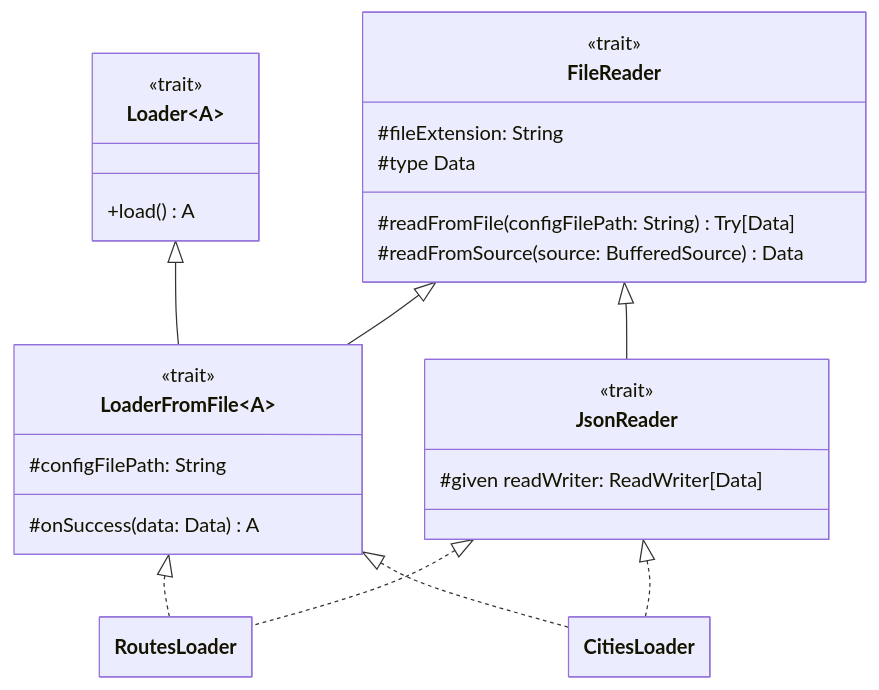
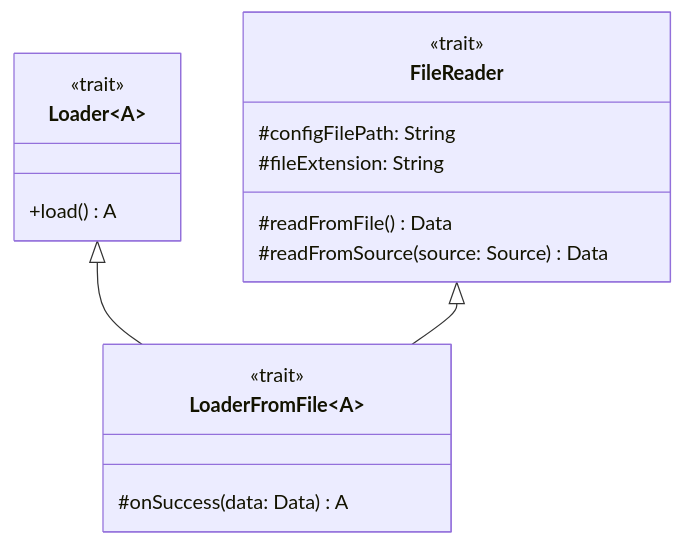
Before and after one commit to FilippoPracucci/PPS-24-ttr-scala: the diagram in docs/loader.md, drawn with Mermaid. The commit also changed other lines of this file and 2 other files, not shown here.

Commit message:
docs: update map and loader design and add loader impl

````diff
--- a/docs/loader.md
+++ b/docs/loader.md
@@ -11,35 +11,25 @@
 ```mermaid
 ---
 config:
   class:
     hideEmptyMembersBox: true
 ---
 classDiagram
     class Loader~A~ {
         <<trait>>
         +load() A
     }
+    class FileReader {
+        <<trait>>
+        #configFilePath: String
+        #fileExtension: String
+        #readFromFile() Data
+        #readFromSource(source: Source) Data
+    }
     class LoaderFromFile~A~ {
         <<trait>>
-        #configFilePath: String
         #onSuccess(data: Data) A
-    }
-    class FileReader {
-        <<trait>>
-        #fileExtension: String
-        #type Data
-        #readFromFile(configFilePath: String) Try[Data]
-        #readFromSource(source: BufferedSource) Data
-    }
-    class JsonReader {
-        <<trait>>
-        #given readWriter: ReadWriter[Data]
     }
     Loader <|-- LoaderFromFile
     FileReader <|-- LoaderFromFile
-    FileReader <|-- JsonReader
-    LoaderFromFile <|.. RoutesLoader
-    JsonReader <|.. RoutesLoader
-    LoaderFromFile <|.. CitiesLoader
-    JsonReader <|.. CitiesLoader
 ```
````
